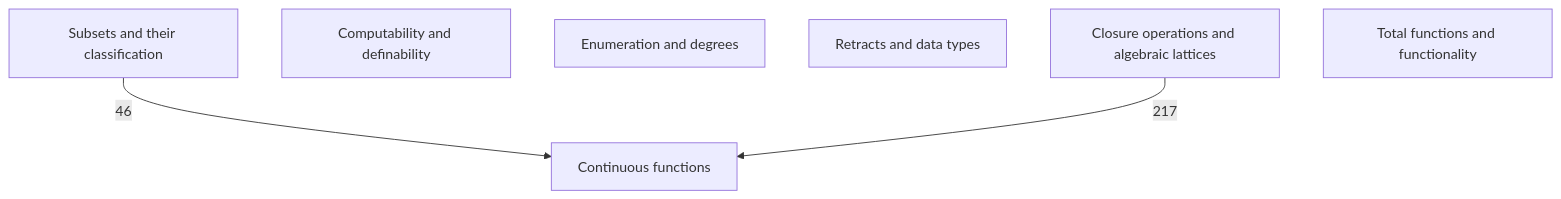
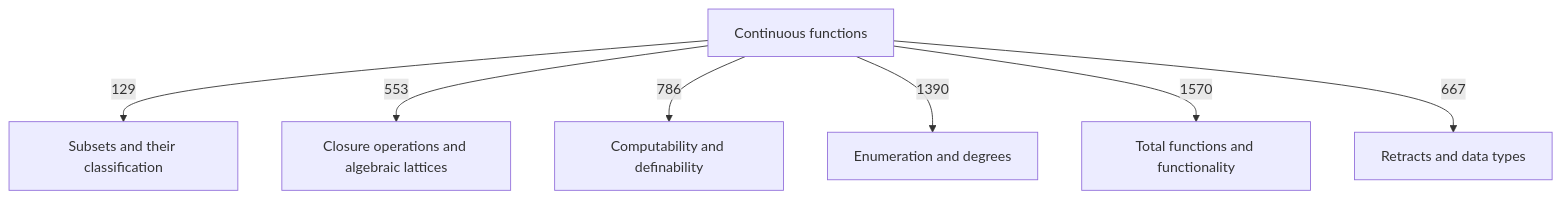
Before and after one commit to catskillsresearch/DomainTheory: the diagram in DomainTheory/DataTypesAsLattices/1976_DataTypes.mermaid, drawn with Mermaid. The commit also changed 9 other files, not shown here.

First line of the commit message:
Fix section dependency diagrams, captions, and PDF section layout.

```diff
--- a/DomainTheory/DataTypesAsLattices/1976_DataTypes.mermaid
+++ b/DomainTheory/DataTypesAsLattices/1976_DataTypes.mermaid
@@ -1,24 +1,28 @@
 %% Data types as lattices.
 %% Each box is a section. Arrowhead on the importer.
 %% The number is a direct-import count.
 %% An arrow already implied by a longer path is omitted.
 flowchart TB
 
   CLO["Closure operations and algebraic lattices"]
   COMP["Computability and definability"]
   CONT["Continuous functions"]
   ENUM["Enumeration and degrees"]
   RET["Retracts and data types"]
   CLASS["Subsets and their classification"]
   FUN["Total functions and functionality"]
 
-  CLASS -->|"46"| CONT
-  CLO -->|"217"| CONT
+  CONT -->|"129"| CLASS
+  CONT -->|"553"| CLO
+  CONT -->|"786"| COMP
+  CONT -->|"1390"| ENUM
+  CONT -->|"1570"| FUN
+  CONT -->|"667"| RET
 
   classDef c1 fill:#dcfce7,stroke:#15803d,color:#14532d
   classDef c2 fill:#cffafe,stroke:#0e7490,color:#164e63
   classDef c3 fill:#ffedd5,stroke:#c2410c,color:#7c2d12
   classDef c4 fill:#ecfccb,stroke:#4d7c0f,color:#365314
   classDef c5 fill:#f3e8ff,stroke:#7e22ce,color:#581c87
   classDef c6 fill:#fde68a,stroke:#a16207,color:#713f12
   classDef c7 fill:#e2e8f0,stroke:#334155,color:#0f172a
```
